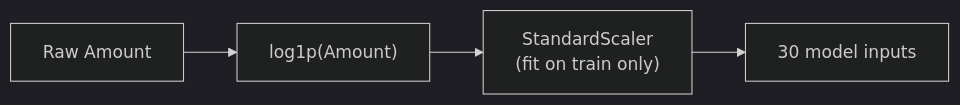
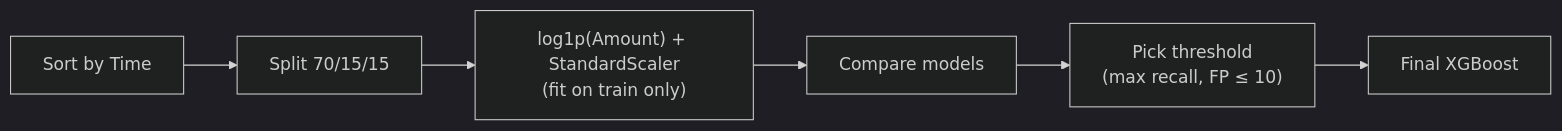
One commit to KashishPundir/CreditCard-Fraud-Detection changed the first of 2 diagrams in README.md. Above: the diagram before and after it, drawn with Mermaid (dark theme). The commit also changed other lines of this file, not shown here.

````diff
--- a/README.md
+++ b/README.md
@@ -141,6 +47,8 @@
 ```mermaid
 flowchart LR
-    A[Raw Amount] --> B["log1p(Amount)"]
-    B --> C["StandardScaler<br/>(fit on train only)"]
-    C --> D[30 model inputs]
+    A[Sort by Time] --> B[Split 70/15/15]
+    B --> C["log1p(Amount) + StandardScaler<br/>(fit on train only)"]
+    C --> D[Compare models]
+    D --> E["Pick threshold<br/>(max recall, FP ≤ 10)"]
+    E --> F[Final XGBoost]
 ```
````
